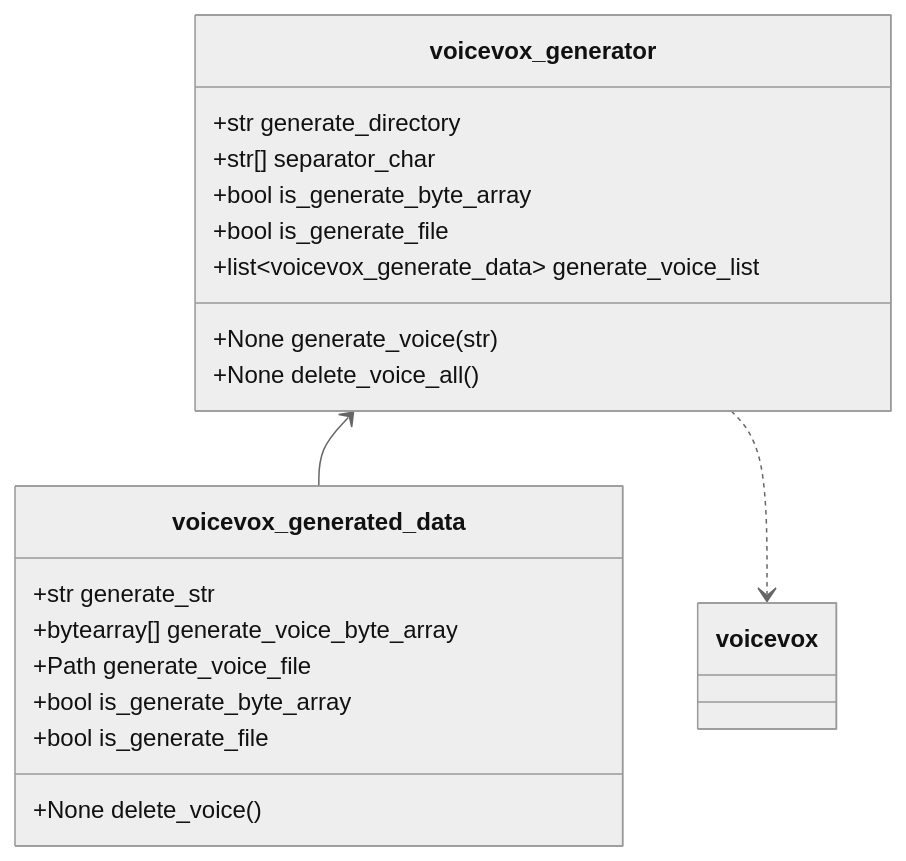
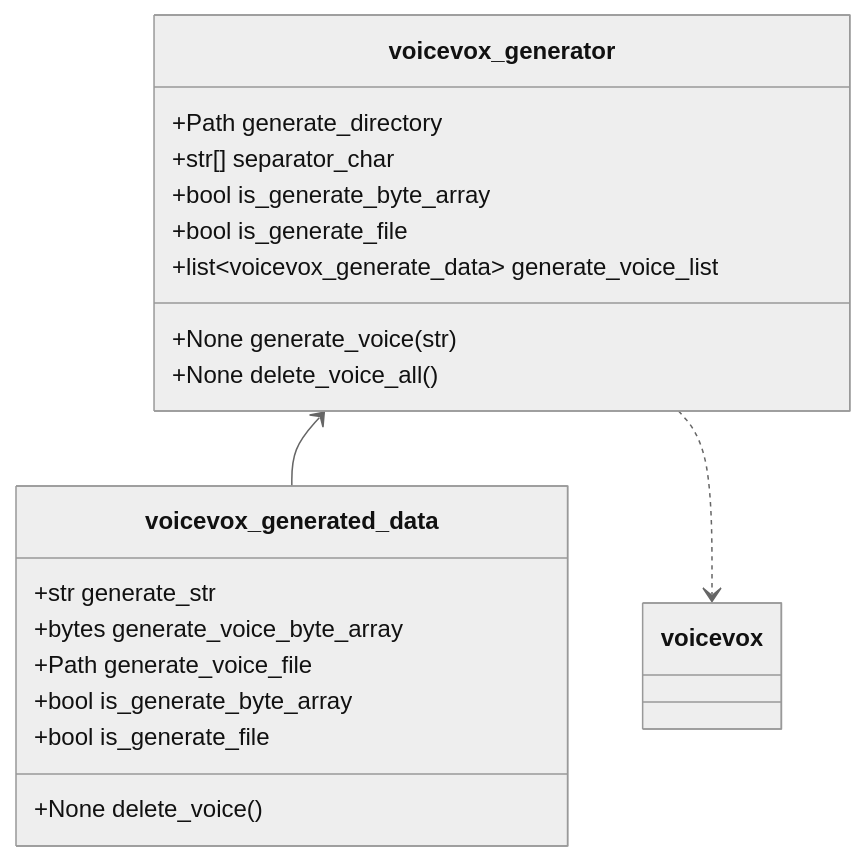
The diagram in README.md (ktakahiro150397/voicevox_generate), drawn with Mermaid (neutral theme) before and after one commit. The commit also changed 1 other file, not shown here.

Commit message:
voicevox_generated_data 作成

````diff
--- a/README.md
+++ b/README.md
@@ -19,28 +19,28 @@
 ```mermaid
 classDiagram
     class voicevox_generator {
-        +str generate_directory
+        +Path generate_directory
         +str[] separator_char
         +bool is_generate_byte_array
         +bool is_generate_file
         +list~voicevox_generate_data~ generate_voice_list
         +None generate_voice(str)
         +None delete_voice_all()
     }
 
     class voicevox_generated_data{
         +str generate_str
-        +bytearray[] generate_voice_byte_array
+        +bytes generate_voice_byte_array
         +Path generate_voice_file
         +bool is_generate_byte_array
         +bool is_generate_file
         +None delete_voice()
     }
 
     class voicevox {
         
     }
 
     voicevox_generator <-- voicevox_generated_data
     voicevox_generator ..> voicevox
 ```
````
